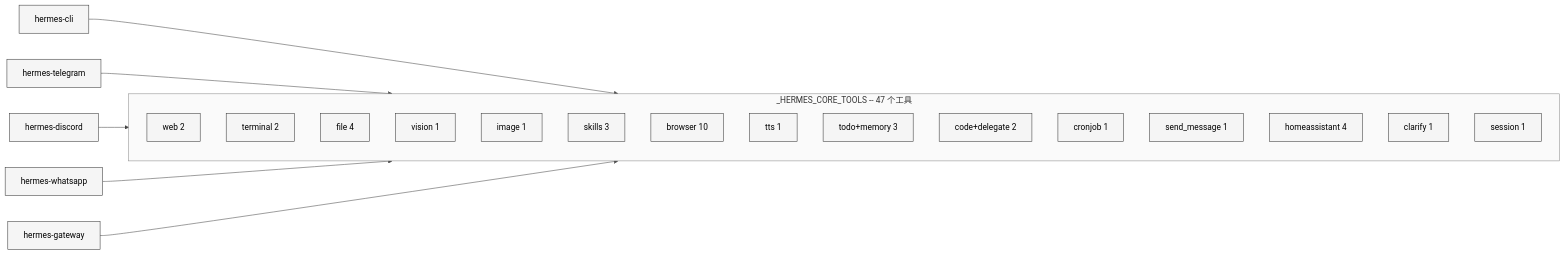
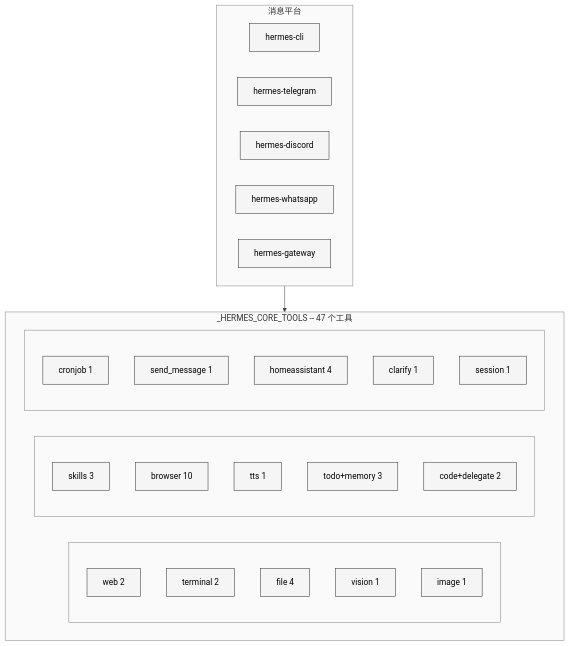
Before and after one commit to xiaonancs/hermes-agent-study: the second of 3 diagrams in Part II 源码分析/14-工具系统总览.md, drawn with Mermaid. The commit also changed other lines of this file and 32 other files, not shown here.

First line of the commit message:
Mermaid 图表修复：白色背景板 + 长宽比优化

````diff
--- a/Part II 源码分析/14-工具系统总览.md
+++ b/Part II 源码分析/14-工具系统总览.md
@@ -116,26 +116,37 @@
 ```mermaid
 %%{init: {'theme': 'neutral', 'themeVariables': {'background': '#ffffff', 'primaryColor': '#f5f5f5', 'primaryTextColor': '#000000', 'primaryBorderColor': '#333333', 'lineColor': '#444444', 'textColor': '#000000', 'mainBkg': '#f5f5f5', 'nodeBorder': '#333333', 'clusterBkg': '#fafafa', 'clusterBorder': '#888888', 'edgeLabelBackground': '#ffffff'}}}%%
-graph LR
+graph TD
     subgraph core ["_HERMES_CORE_TOOLS -- 47 个工具"]
-        W["web 2"]
-        T["terminal 2"]
-        F["file 4"]
-        V["vision 1"]
-        IMG["image 1"]
-        SK["skills 3"]
-        BR["browser 10"]
-        TTS["tts 1"]
-        PM["todo+memory 3"]
-        CE["code+delegate 2"]
-        CR["cronjob 1"]
-        MSG["send_message 1"]
-        HA["homeassistant 4"]
-        CL["clarify 1"]
-        SS["session 1"]
+        direction LR
+        subgraph row1 [" "]
+            W["web 2"]
+            T["terminal 2"]
+            F["file 4"]
+            V["vision 1"]
+            IMG["image 1"]
+        end
+        subgraph row2 [" "]
+            SK["skills 3"]
+            BR["browser 10"]
+            TTS["tts 1"]
+            PM["todo+memory 3"]
+            CE["code+delegate 2"]
+        end
+        subgraph row3 [" "]
+            CR["cronjob 1"]
+            MSG["send_message 1"]
+            HA["homeassistant 4"]
+            CL["clarify 1"]
+            SS["session 1"]
+        end
     end
-    CLI["hermes-cli"] --> core
-    TG["hermes-telegram"] --> core
-    DC["hermes-discord"] --> core
-    WA["hermes-whatsapp"] --> core
-    GW["hermes-gateway"] --> core
+    subgraph clients ["消息平台"]
+        direction LR
+        CLI["hermes-cli"]
+        TG["hermes-telegram"]
+        DC["hermes-discord"]
+        WA["hermes-whatsapp"]
+        GW["hermes-gateway"]
+    end
+    clients --> core
 ```
````
